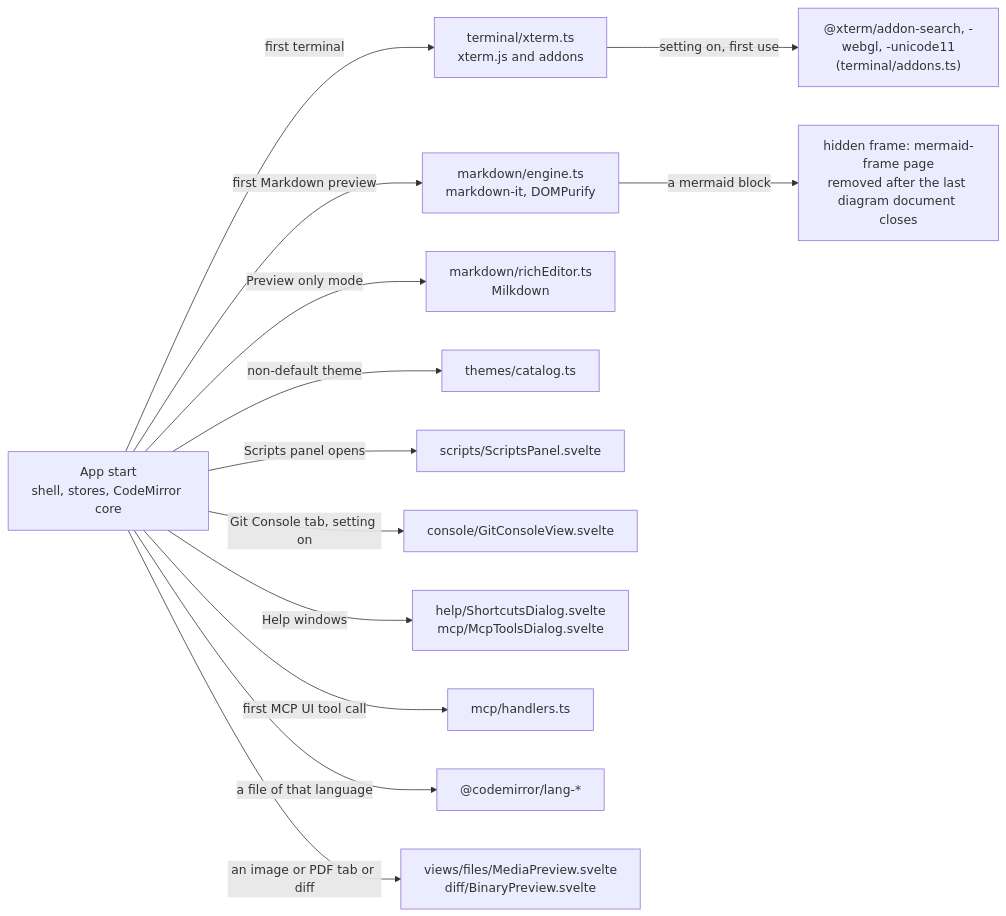
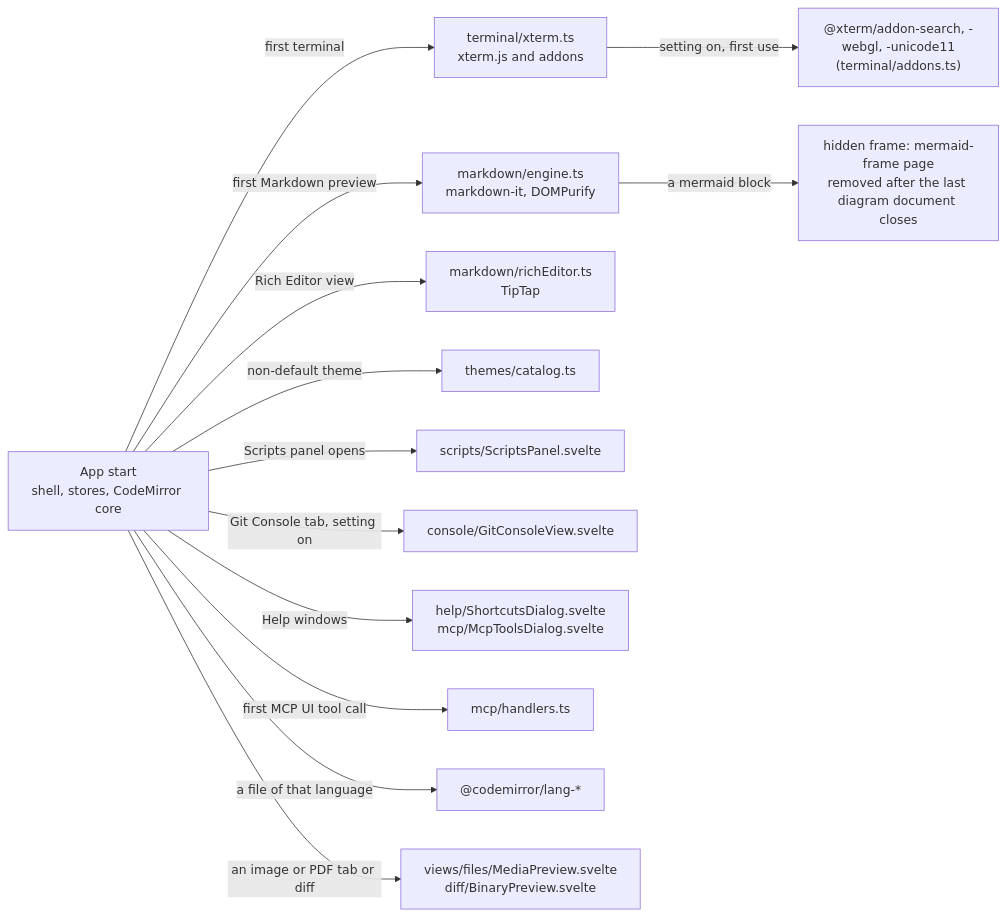
One commit to shibbirweb/git-manager changed the diagram in docs/wiki/developer/Frontend-Modules.md. Above: the diagram before and after it, drawn with Mermaid. The commit also changed 82 other files, not shown here.

First line of the commit message:
fix:[GM-91] rich Markdown editor keeps existing files exact: TipTap with Orca's core, renamed Rich Editor

````diff
--- a/docs/wiki/developer/Frontend-Modules.md
+++ b/docs/wiki/developer/Frontend-Modules.md
@@ -16,15 +16,15 @@
 ```mermaid
 flowchart LR
   App["App start<br/>shell, stores, CodeMirror core"] -->|"first terminal"| Xterm["terminal/xterm.ts<br/>xterm.js and addons"]
   Xterm -->|"setting on, first use"| Addons["@xterm/addon-search, -webgl, -unicode11<br/>(terminal/addons.ts)"]
   App -->|"first Markdown preview"| Md["markdown/engine.ts<br/>markdown-it, DOMPurify"]
   Md -->|"a mermaid block"| Mermaid["hidden frame: mermaid-frame page<br/>removed after the last diagram document closes"]
-  App -->|"Preview only mode"| Rich["markdown/richEditor.ts<br/>Milkdown"]
+  App -->|"Rich Editor view"| Rich["markdown/richEditor.ts<br/>TipTap"]
   App -->|"non-default theme"| Catalog["themes/catalog.ts"]
   App -->|"Scripts panel opens"| Scripts["scripts/ScriptsPanel.svelte"]
   App -->|"Git Console tab, setting on"| Console["console/GitConsoleView.svelte"]
   App -->|"Help windows"| Help["help/ShortcutsDialog.svelte<br/>mcp/McpToolsDialog.svelte"]
   App -->|"first MCP UI tool call"| Handlers["mcp/handlers.ts"]
   App -->|"a file of that language"| Lang["@codemirror/lang-*"]
   App -->|"an image or PDF tab or diff"| Media["views/files/MediaPreview.svelte<br/>diff/BinaryPreview.svelte"]
 ```
````
